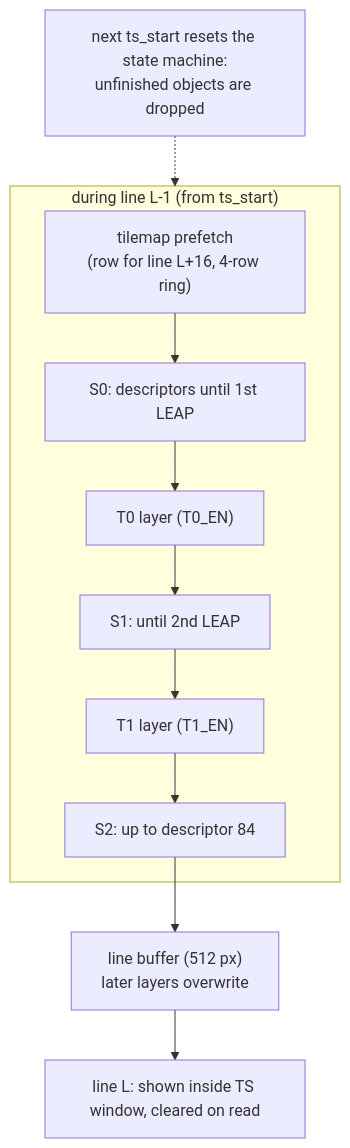
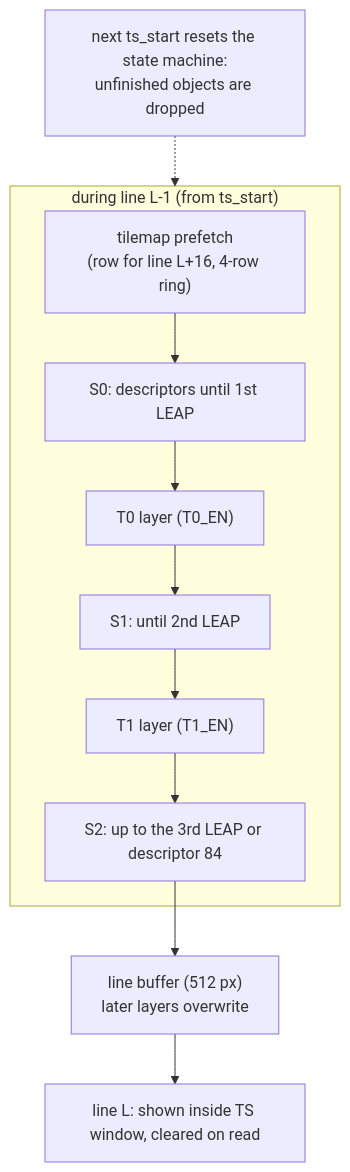
The fourth of 6 diagrams in docs/inprogress/2026-09-27-tsconf/technical-design.md (alfishe/unreal-ng), drawn with Mermaid before and after one commit. The commit also changed 7 other files, not shown here.

````diff
--- a/docs/inprogress/2026-09-27-tsconf/technical-design.md
+++ b/docs/inprogress/2026-09-27-tsconf/technical-design.md
@@ -216,14 +216,14 @@
 ```mermaid
 flowchart TB
     subgraph PREV["during line L-1 (from ts_start)"]
         TM["tilemap prefetch<br/>(row for line L+16, 4-row ring)"]
         S0["S0: descriptors until 1st LEAP"]
         T0["T0 layer (T0_EN)"]
         S1["S1: until 2nd LEAP"]
         T1["T1 layer (T1_EN)"]
-        S2["S2: up to descriptor 84"]
+        S2["S2: up to the 3rd LEAP or descriptor 84"]
     end
     TM --> S0 --> T0 --> S1 --> T1 --> S2 --> BUF["line buffer (512 px)<br/>later layers overwrite"]
     BUF --> SHOW["line L: shown inside TS window, cleared on read"]
     RESET["next ts_start resets the state machine:<br/>unfinished objects are dropped"] -.-> PREV
 ```
````
